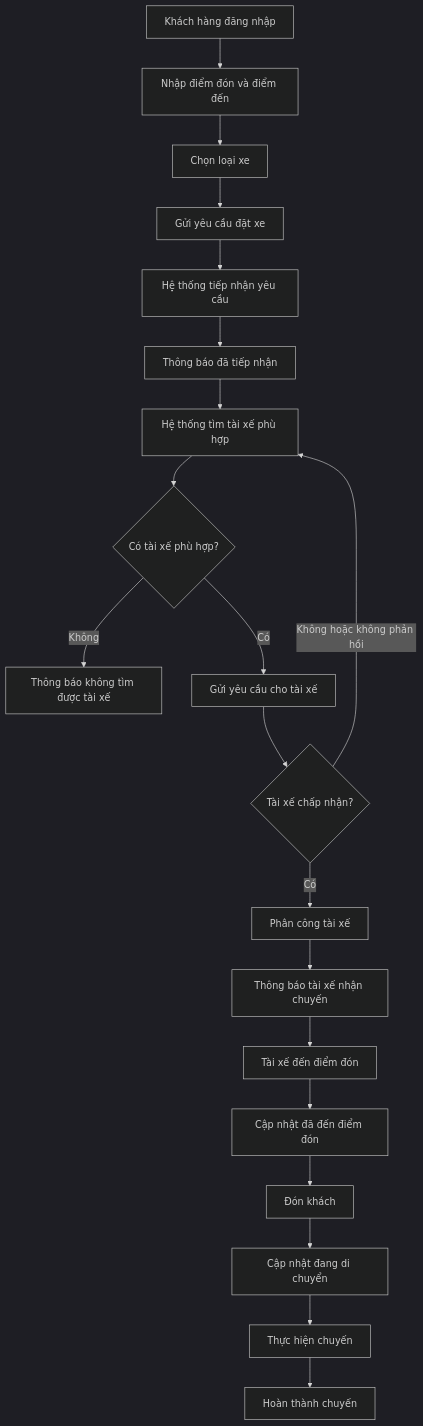
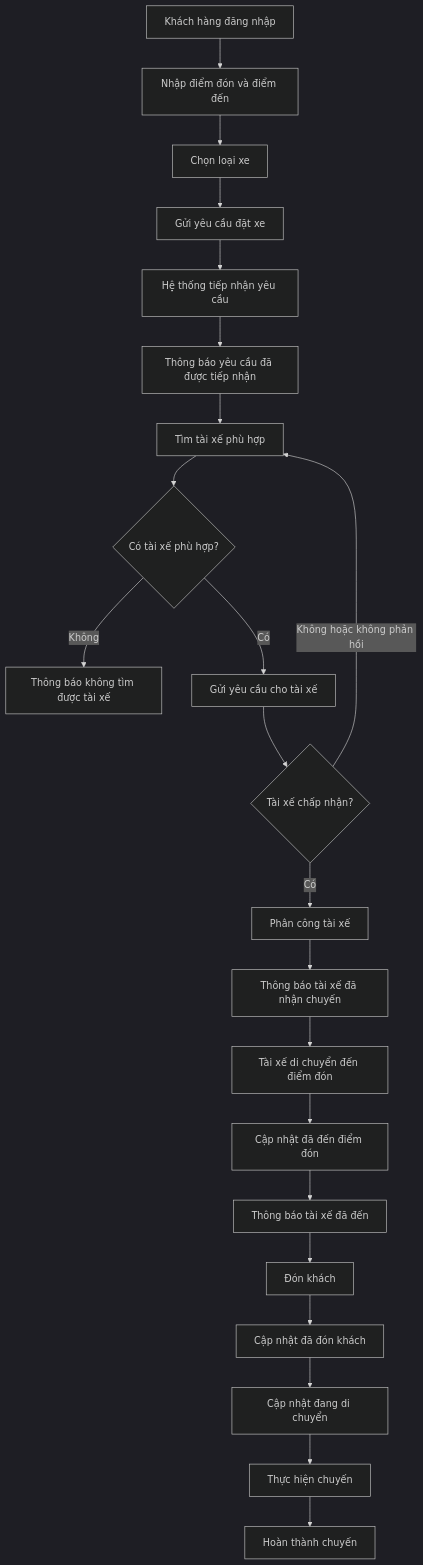
Before and after one commit to ngoclinh090608-wq/23707801_Nguyen-Thi-Ngoc-Linh_CABSYSTEM: the first of 5 diagrams in srs.md, drawn with Mermaid (dark theme). The commit also changed other lines of this file, not shown here.

````diff
--- a/srs.md
+++ b/srs.md
@@ -108,25 +97,28 @@
 ```mermaid
 flowchart TD
     A[Khách hàng đăng nhập] --> B[Nhập điểm đón và điểm đến]
     B --> C[Chọn loại xe]
     C --> D[Gửi yêu cầu đặt xe]
     D --> E[Hệ thống tiếp nhận yêu cầu]
-    E --> F[Thông báo đã tiếp nhận]
-    F --> G[Hệ thống tìm tài xế phù hợp]
+    E --> F[Thông báo yêu cầu đã được tiếp nhận]
+    F --> G[Tìm tài xế phù hợp]
     G --> H{Có tài xế phù hợp?}
 
     H -- Không --> I[Thông báo không tìm được tài xế]
+
     H -- Có --> J[Gửi yêu cầu cho tài xế]
+    J --> K{Tài xế chấp nhận?}
 
-    J --> K{Tài xế chấp nhận?}
     K -- Không hoặc không phản hồi --> G
     K -- Có --> L[Phân công tài xế]
 
-    L --> M[Thông báo tài xế nhận chuyến]
-    M --> N[Tài xế đến điểm đón]
+    L --> M[Thông báo tài xế đã nhận chuyến]
+    M --> N[Tài xế di chuyển đến điểm đón]
     N --> O[Cập nhật đã đến điểm đón]
-    O --> P[Đón khách]
-    P --> Q[Cập nhật đang di chuyển]
-    Q --> R[Thực hiện chuyến]
-    R --> S[Hoàn thành chuyến]
+    O --> P[Thông báo tài xế đã đến]
+    P --> Q[Đón khách]
+    Q --> R[Cập nhật đã đón khách]
+    R --> S[Cập nhật đang di chuyển]
+    S --> T[Thực hiện chuyến]
+    T --> U[Hoàn thành chuyến]
 ```
````
